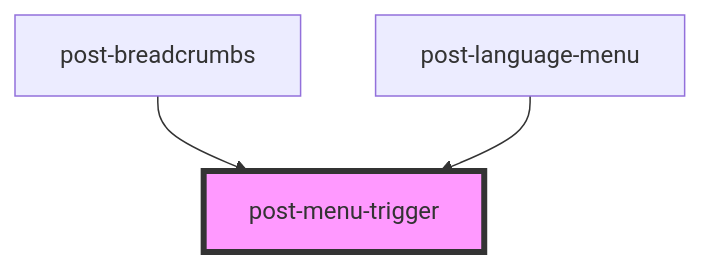
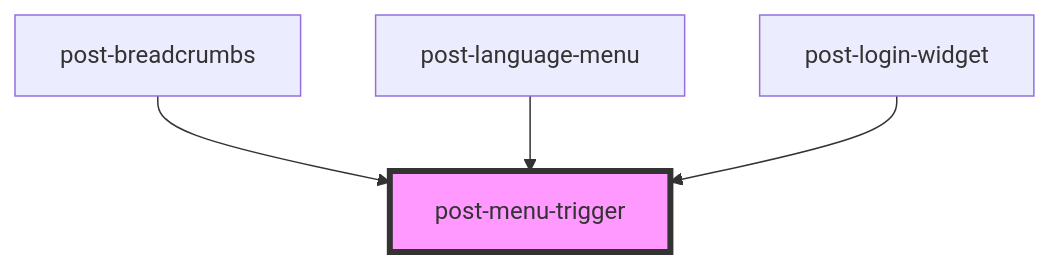
One commit to swisspost/design-system changed the diagram in packages/components/src/components/post-menu-trigger/readme.md. Above: the diagram before and after it, drawn with Mermaid. The commit also changed other lines of this file and 15 other files, not shown here.

Commit message:
chore(components, docs): update login widget user handling

````diff
--- a/packages/components/src/components/post-menu-trigger/readme.md
+++ b/packages/components/src/components/post-menu-trigger/readme.md
@@ -21,6 +22,7 @@
 ```mermaid
 graph TD;
   post-breadcrumbs --> post-menu-trigger
   post-language-menu --> post-menu-trigger
+  post-login-widget --> post-menu-trigger
   style post-menu-trigger fill:#f9f,stroke:#333,stroke-width:4px
 ```
````
